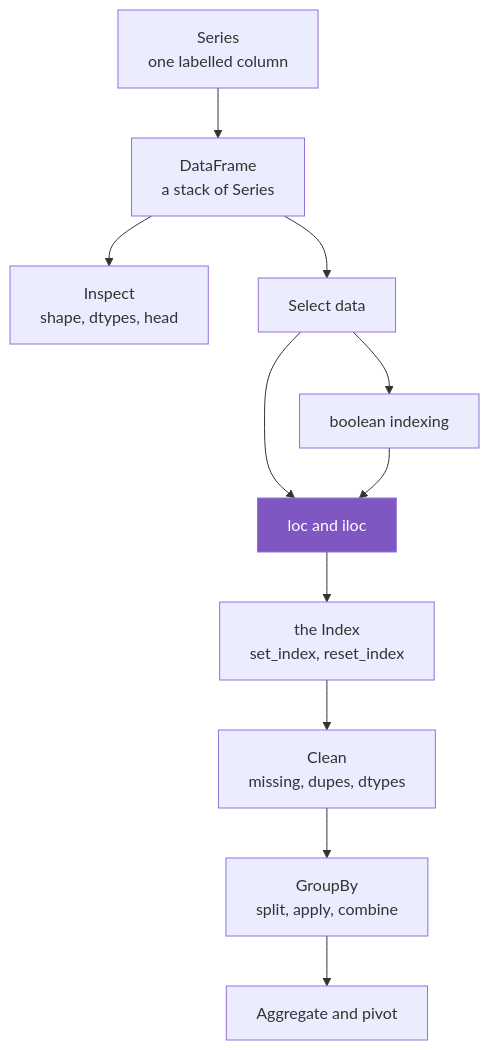
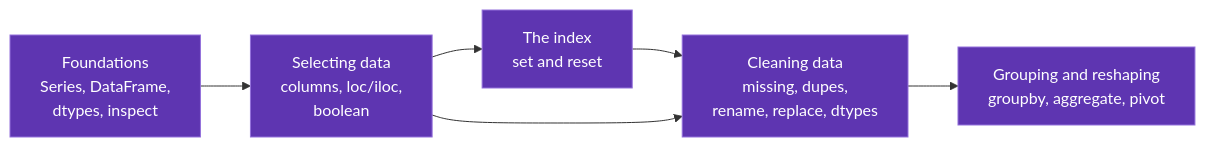
The diagram in docs/index.md (karywnl/pandas), drawn with Mermaid before and after one commit. The commit also changed other lines of this file and 24 other files, not shown here.

````diff
--- a/docs/index.md
+++ b/docs/index.md
@@ -16,15 +16,13 @@
 ```mermaid
-flowchart TD
-    S[Series<br/>one labelled column] --> D[DataFrame<br/>a stack of Series]
-    D --> I[Inspect<br/>shape, dtypes, head]
-    D --> SEL[Select data]
-    SEL --> LOC[loc and iloc]
-    SEL --> BOOL[boolean indexing]
-    LOC --> IDX[the Index<br/>set_index, reset_index]
-    BOOL --> LOC
-    IDX --> CLEAN[Clean<br/>missing, dupes, dtypes]
-    CLEAN --> GRP[GroupBy<br/>split, apply, combine]
-    GRP --> AGG[Aggregate and pivot]
-
-    style LOC fill:#7e57c2,color:#fff
+flowchart LR
+    F["Foundations<br/>Series, DataFrame,<br/>dtypes, inspect"] --> SEL["Selecting data<br/>columns, loc/iloc,<br/>boolean"]
+    SEL --> IDX["The index<br/>set and reset"]
+    IDX --> CLEAN["Cleaning data<br/>missing, dupes,<br/>rename, replace, dtypes"]
+    CLEAN --> GRP["Grouping and reshaping<br/>groupby, aggregate, pivot"]
+    SEL --> CLEAN
+    style F fill:#5e35b1,color:#fff
+    style SEL fill:#5e35b1,color:#fff
+    style IDX fill:#5e35b1,color:#fff
+    style CLEAN fill:#5e35b1,color:#fff
+    style GRP fill:#5e35b1,color:#fff
 ```
````
